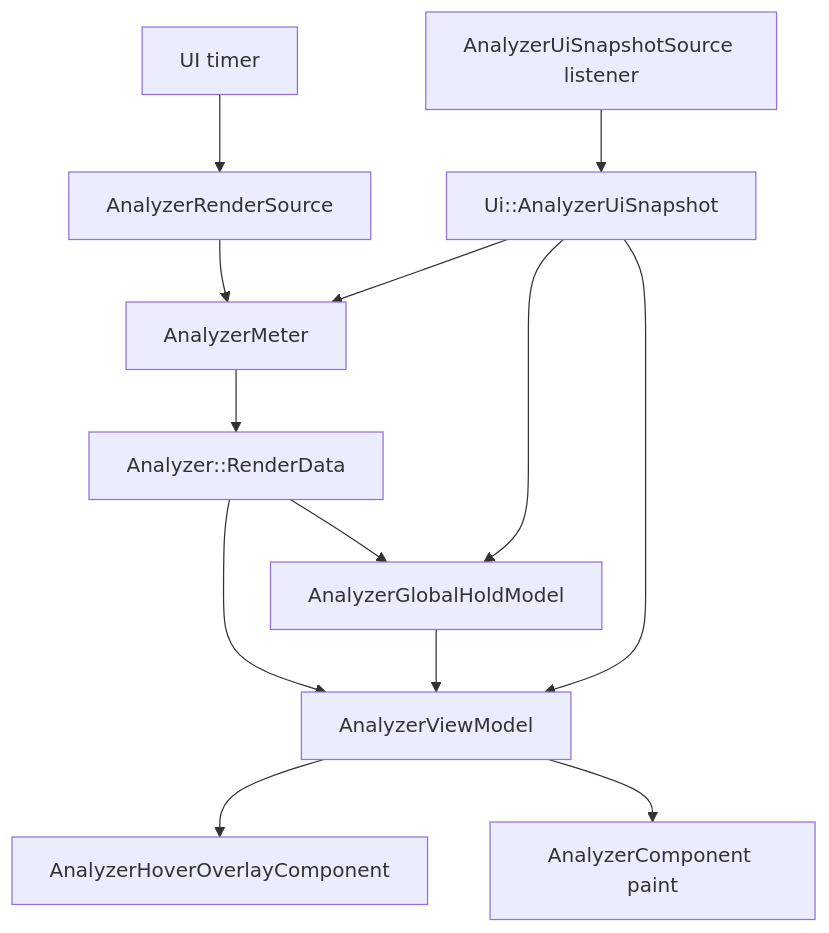
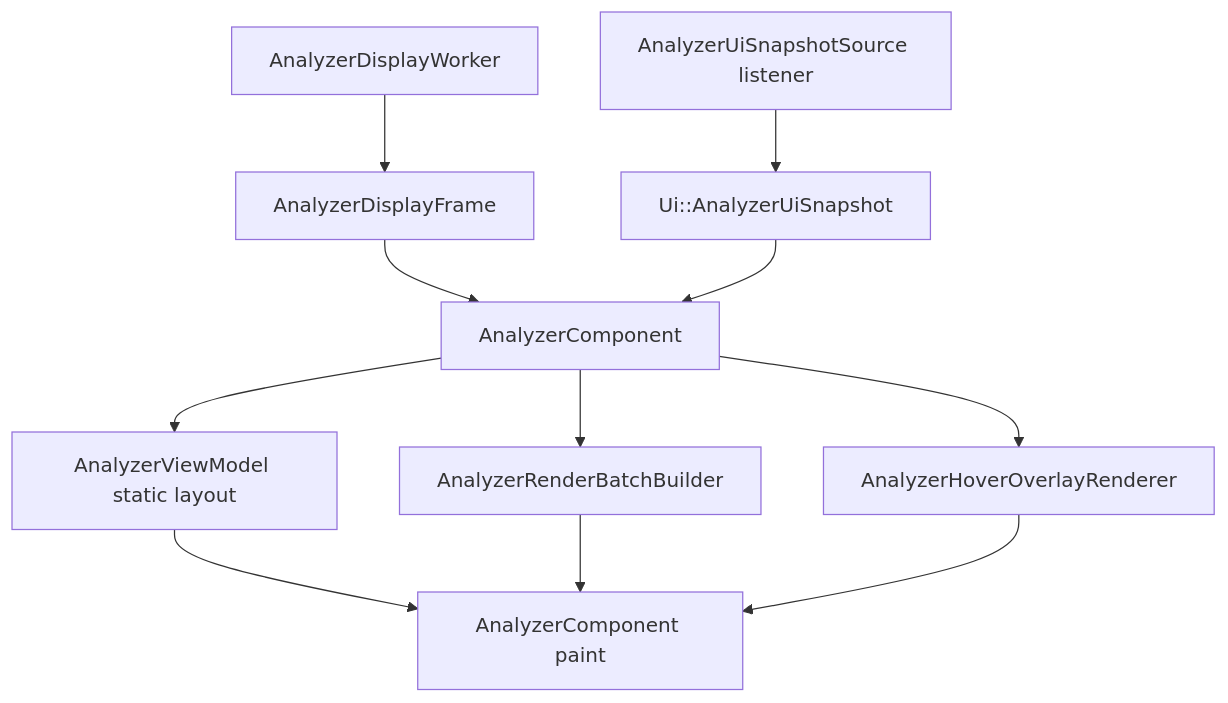
One commit to Silenterc/Band-Spectrum-Analyzer changed the second of 2 diagrams in docs/ui-architecture.md. Above: the diagram before and after it, drawn with Mermaid. The commit also changed other lines of this file and 173 other files, not shown here.

````diff
--- a/docs/ui-architecture.md
+++ b/docs/ui-architecture.md
@@ -159,15 +172,14 @@
 ```mermaid
 flowchart TD
-    Timer[UI timer] --> RenderSource[AnalyzerRenderSource]
     SnapshotEvents[AnalyzerUiSnapshotSource listener] --> Snapshot[Ui::AnalyzerUiSnapshot]
-    RenderSource --> Meter[AnalyzerMeter]
-    Snapshot --> Meter
-    Meter --> RenderData[Analyzer::RenderData]
-    RenderData --> Hold[AnalyzerGlobalHoldModel]
-    Snapshot --> Hold
-    RenderData --> ViewModel[AnalyzerViewModel]
-    Hold --> ViewModel
-    Snapshot --> ViewModel
-    ViewModel --> Overlay[AnalyzerHoverOverlayComponent]
-    ViewModel --> Paint[AnalyzerComponent paint]
+    Worker[AnalyzerDisplayWorker] --> Frame[AnalyzerDisplayFrame]
+    Frame --> AnalyzerComponent
+    Snapshot --> AnalyzerComponent
+
+    AnalyzerComponent --> StaticLayout[AnalyzerViewModel static layout]
+    AnalyzerComponent --> Batches[AnalyzerRenderBatchBuilder]
+    AnalyzerComponent --> Hover[AnalyzerHoverOverlayRenderer]
+    StaticLayout --> Paint[AnalyzerComponent paint]
+    Batches --> Paint
+    Hover --> Paint
 ```
````
